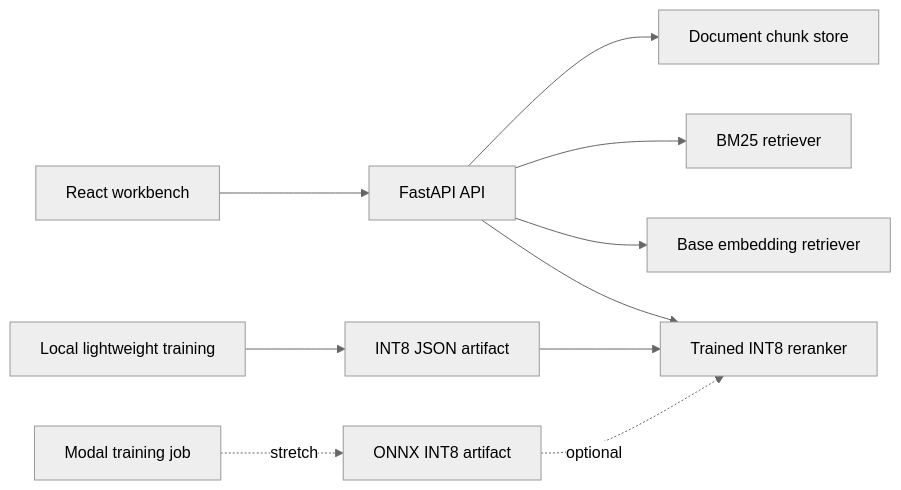
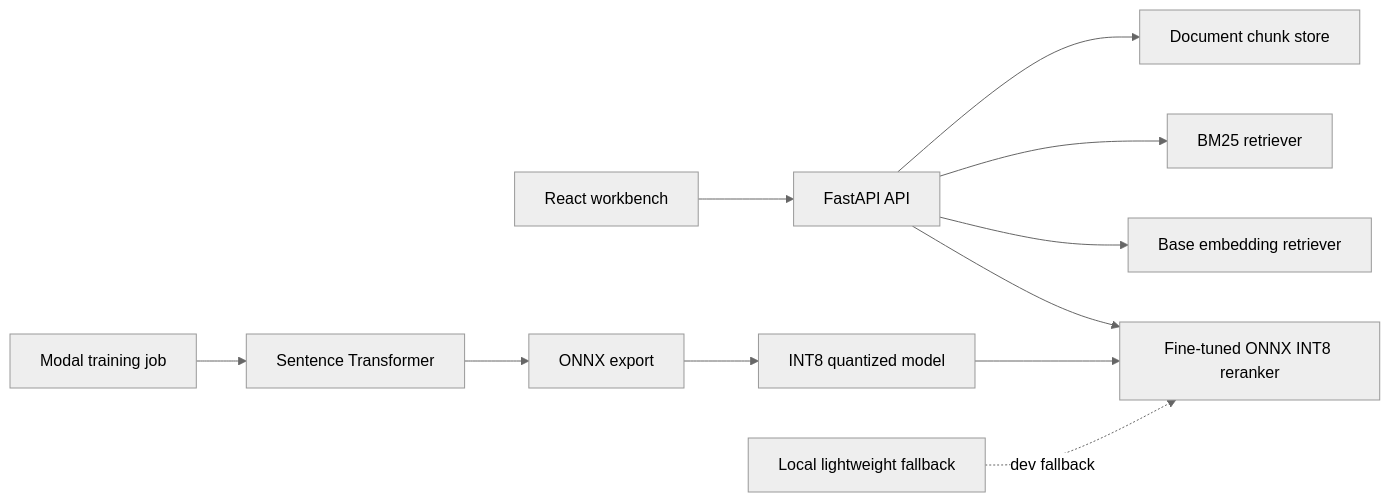
One commit to jahnavi-yelamanchi/semantic-reranker-search changed the diagram in README.md. Above: the diagram before and after it, drawn with Mermaid (neutral theme). The commit also changed other lines of this file and 11 other files, not shown here.

Commit message:
Add Modal trained ONNX INT8 model

````diff
--- a/README.md
+++ b/README.md
@@ -17,12 +17,13 @@
 ```mermaid
 flowchart LR
   A[React workbench] --> B[FastAPI API]
   B --> C[Document chunk store]
   B --> D[BM25 retriever]
   B --> E[Base embedding retriever]
-  B --> F[Trained INT8 reranker]
-  G[Local lightweight training] --> H[INT8 JSON artifact]
-  H --> F
-  I[Modal training job] -. stretch .-> J[ONNX INT8 artifact]
-  J -. optional .-> F
+  B --> F[Fine-tuned ONNX INT8 reranker]
+  G[Modal training job] --> H[Sentence Transformer]
+  H --> I[ONNX export]
+  I --> J[INT8 quantized model]
+  J --> F
+  K[Local lightweight fallback] -. dev fallback .-> F
 ```
````
